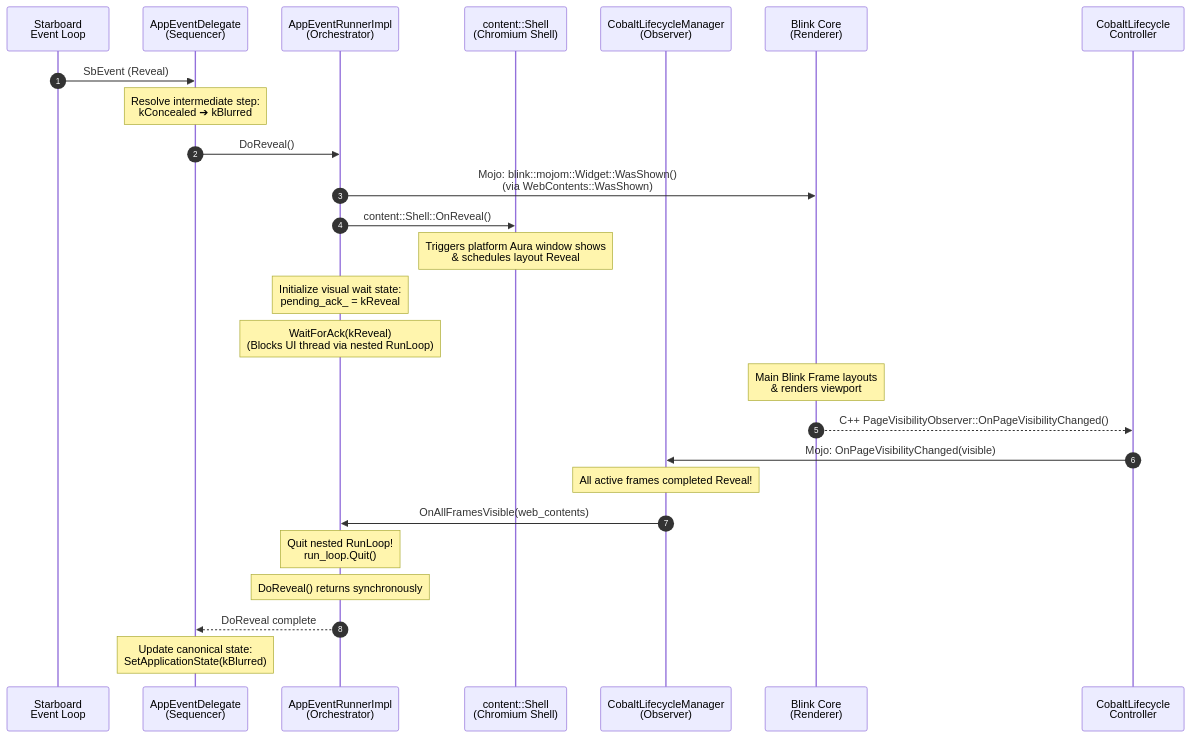
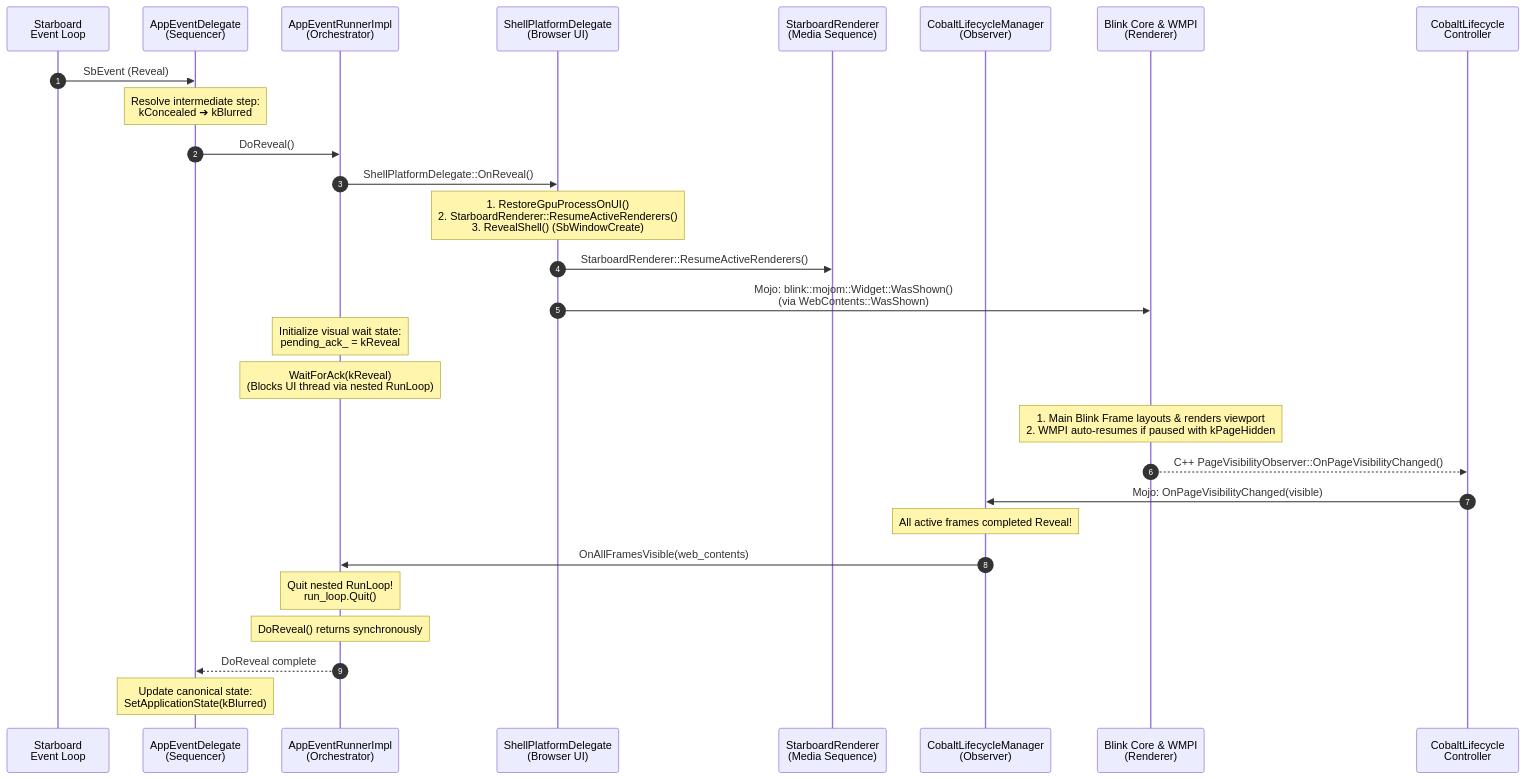
The sixth of 14 diagrams in cobalt/doc/lifecycle_internals.md (youtube/cobalt), drawn with Mermaid before and after one commit. The commit also changed other lines of this file and 10 other files, not shown here.

````diff
--- a/cobalt/doc/lifecycle_internals.md
+++ b/cobalt/doc/lifecycle_internals.md
@@ -250,30 +256,32 @@
 ```mermaid
 sequenceDiagram
   autonumber
   participant OS as Starboard <br/> Event Loop
   participant Delegate as AppEventDelegate <br/> (Sequencer)
   participant Runner as AppEventRunnerImpl <br/> (Orchestrator)
-  participant Shell as content::Shell <br/> (Chromium Shell)
+  participant Shell as ShellPlatformDelegate <br/> (Browser UI)
+  participant Media as StarboardRenderer <br/> (Media Sequence)
   participant Manager as CobaltLifecycleManager <br/> (Observer)
-  participant Blink as Blink Core <br/> (Renderer)
+  participant Blink as Blink Core & WMPI <br/> (Renderer)
   participant Controller as CobaltLifecycle <br/> Controller
 
   OS->>Delegate: SbEvent (Reveal)
   Note over Delegate: Resolve intermediate step:<br/>kConcealed ➔ kBlurred
   Delegate->>Runner: DoReveal()
-  Runner->>Blink: Mojo: blink::mojom::Widget::WasShown() <br/> (via WebContents::WasShown)
-  Runner->>Shell: content::Shell::OnReveal()
-  Note over Shell: Triggers platform Aura window shows<br/>& schedules layout Reveal
+  Runner->>Shell: ShellPlatformDelegate::OnReveal()
+  Note over Shell: 1. RestoreGpuProcessOnUI()<br/>2. StarboardRenderer::ResumeActiveRenderers()<br/>3. RevealShell() (SbWindowCreate)
+  Shell->>Media: StarboardRenderer::ResumeActiveRenderers()
+  Shell->>Blink: Mojo: blink::mojom::Widget::WasShown() <br/> (via WebContents::WasShown)
   Note over Runner: Initialize visual wait state:<br/>pending_ack_ = kReveal
   Note over Runner: WaitForAck(kReveal)<br/>(Blocks UI thread via nested RunLoop)
 
-  Note over Blink: Main Blink Frame layouts<br/>& renders viewport
+  Note over Blink: 1. Main Blink Frame layouts & renders viewport<br/>2. WMPI auto-resumes if paused with kPageHidden
   Blink-->>Controller: C++ PageVisibilityObserver::OnPageVisibilityChanged()
   Controller->>Manager: Mojo: OnPageVisibilityChanged(visible)
   Note over Manager: All active frames completed Reveal!
   Manager->>Runner: OnAllFramesVisible(web_contents)
   Note over Runner: Quit nested RunLoop!<br/>run_loop.Quit()
   Note over Runner: DoReveal() returns synchronously
   Runner-->>Delegate: DoReveal complete
   Note over Delegate: Update canonical state:<br/>SetApplicationState(kBlurred)
 ```
````
